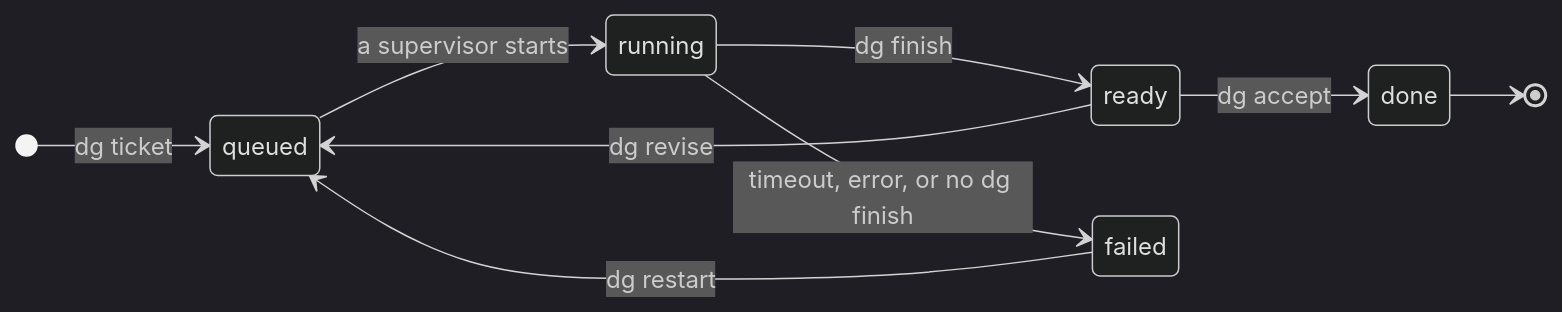
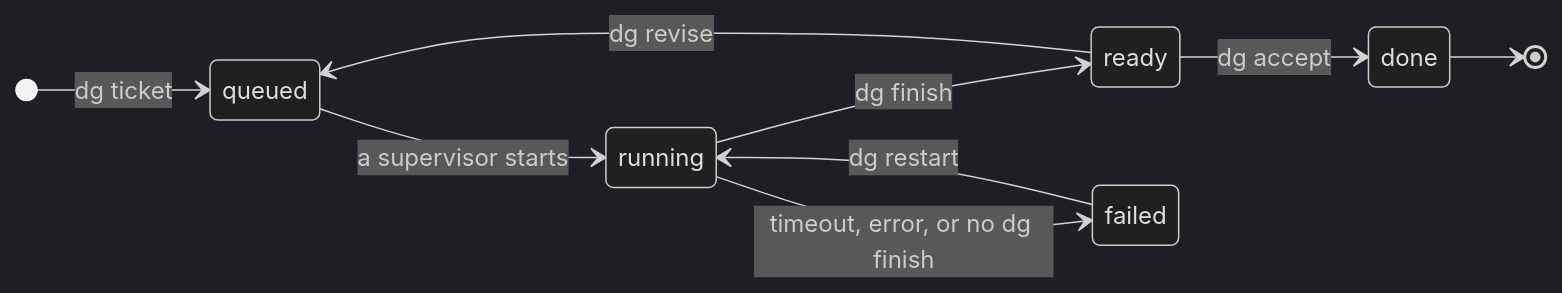
The diagram in docs/TECHNICAL_DESIGN.md (alcubie/delegator), drawn with Mermaid (dark theme) before and after one commit. The commit also changed other lines of this file and 12 other files, not shown here.

First line of the commit message:
Restart failed tickets directly into running

````diff
--- a/docs/TECHNICAL_DESIGN.md
+++ b/docs/TECHNICAL_DESIGN.md
@@ -540,12 +540,12 @@
 ```mermaid
 stateDiagram-v2
     direction LR
     [*] --> queued: dg ticket
     queued --> running: a supervisor starts
     running --> ready: dg finish
     running --> failed: timeout, error, or no dg finish
-    failed --> queued: dg restart
+    failed --> running: dg restart
     ready --> done: dg accept
     ready --> queued: dg revise
     done --> [*]
 ```
````
